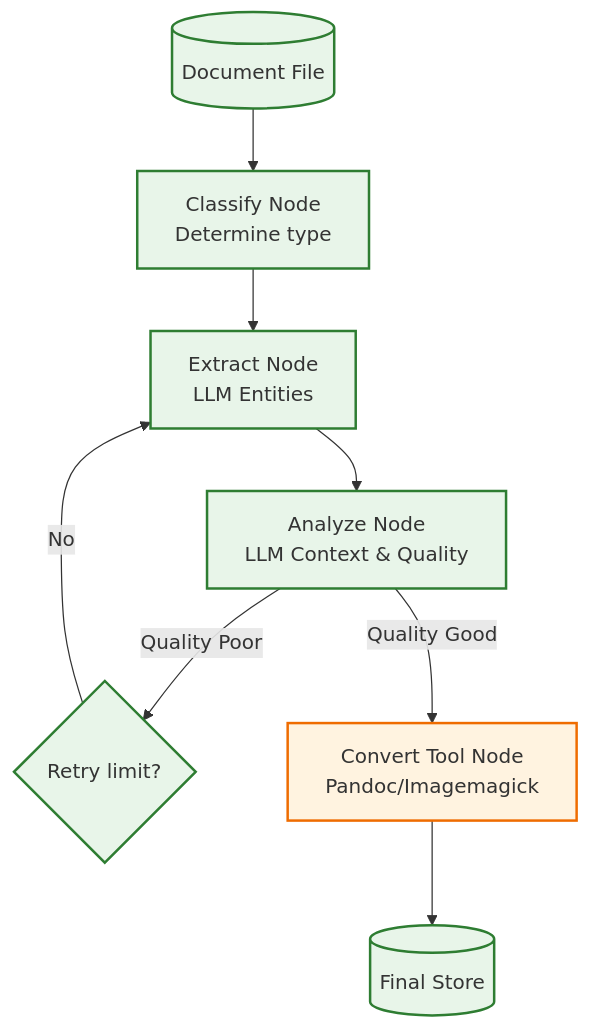
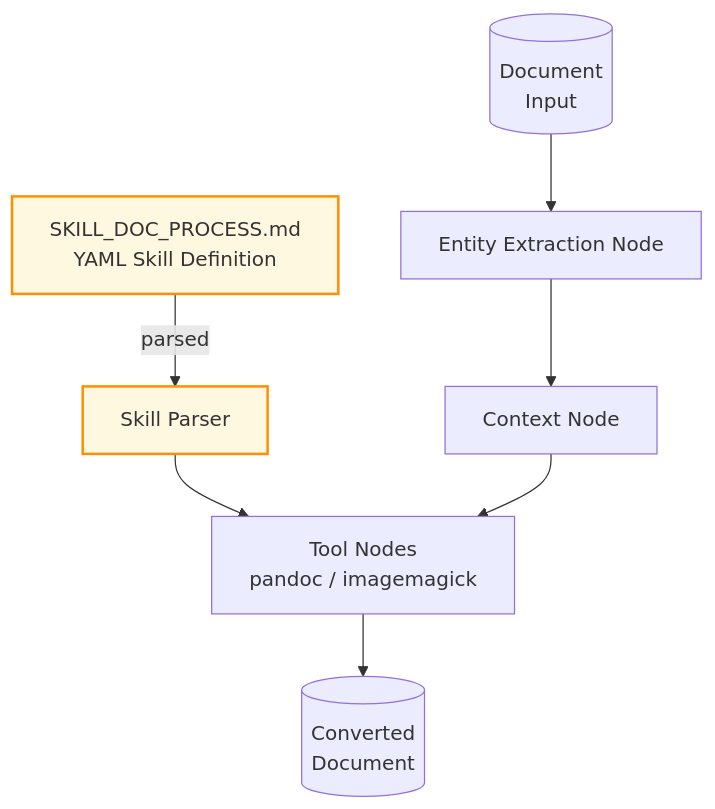
One commit to EzekTec-Inc/AgentFlow changed the diagram in examples/DOCUMENT_PROCESSING.md. Above: the diagram before and after it, drawn with Mermaid. The commit also changed other lines of this file and 23 other files, not shown here.

````diff
--- a/examples/DOCUMENT_PROCESSING.md
+++ b/examples/DOCUMENT_PROCESSING.md
@@ -25,15 +28,12 @@
 ```mermaid
 graph TD
-    Start[(Document File)] --> Classify[Classify Node<br>Determine type]
-    Classify --> Extract[Extract Node<br>LLM Entities]
-    Extract --> Analyze[Analyze Node<br>LLM Context & Quality]
-    Analyze -->|Quality Poor| Retry{Retry limit?}
-    Retry -->|No| Extract
-    Analyze -->|Quality Good| Convert[Convert Tool Node<br>Pandoc/Imagemagick]
-    Convert --> End[(Final Store)]
-    
-    classDef node fill:#e8f5e9,stroke:#2e7d32,stroke-width:2px;
-    classDef tool fill:#fff3e0,stroke:#ef6c00,stroke-width:2px;
-    class Classify,Extract,Analyze node;
-    class Convert tool;
+    YAML[SKILL_DOC_PROCESS.md<br>YAML Skill Definition] -->|parsed| Parser[Skill Parser]
+    Parser --> Tools[Tool Nodes<br>pandoc / imagemagick]
+    Input[(Document<br>Input)] --> Extract[Entity Extraction Node]
+    Extract --> Context[Context Node]
+    Context --> Tools
+    Tools --> Output[(Converted<br>Document)]
+
+    classDef skill fill:#fff8e1,stroke:#ff8f00,stroke-width:2px;
+    class YAML,Parser skill;
 ```
````
